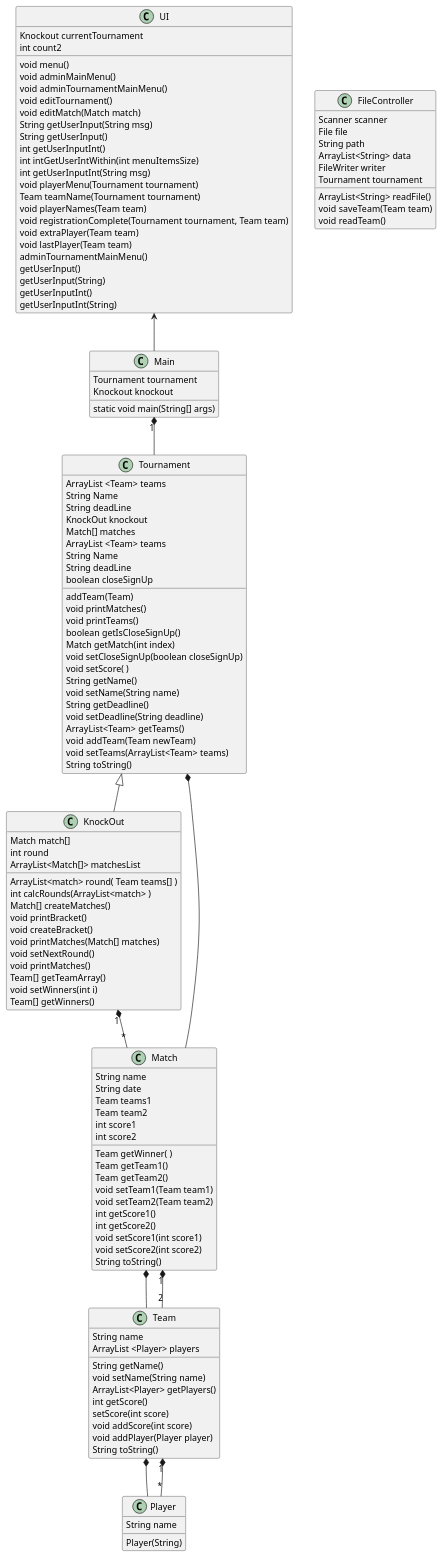
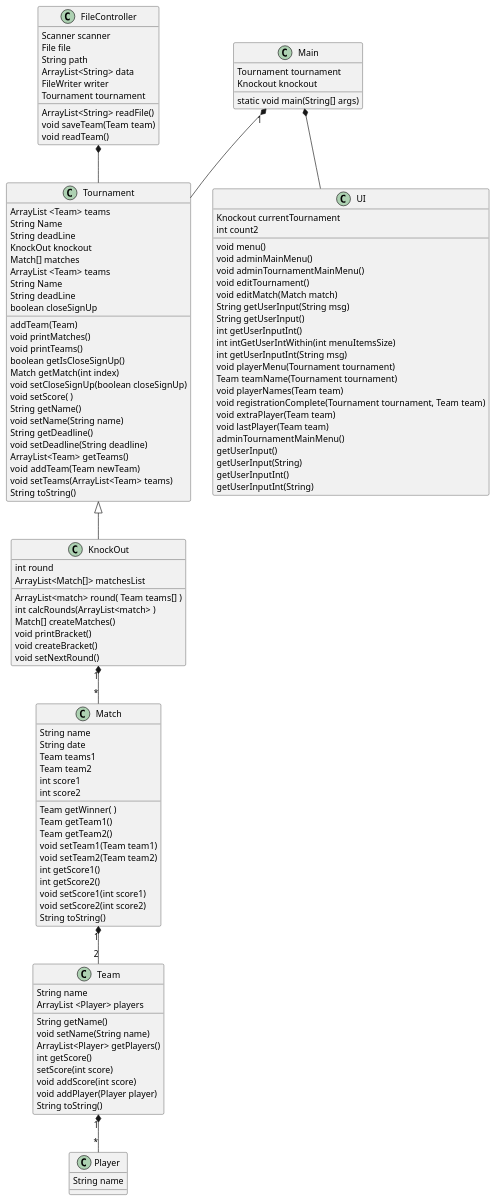
Before and after one commit to krisdanoda/Sp3-bordfodboldturnering: the diagram in PlantUML/ClassDiagram.puml, drawn with PlantUML.

Commit message:
klassediagram

```diff
--- a/PlantUML/ClassDiagram.puml
+++ b/PlantUML/ClassDiagram.puml
@@ -1,151 +1,143 @@
 @startuml
 'https://plantuml.com/class-diagram
 
 
 class Tournament
 'class Foosball
 'class GroupTournament
 class KnockOut
 class Player
 class Match
 class Team
 class UI
 
 
 
 Main "1" *-- Tournament
 Tournament <|-- KnockOut
 
 'Tournament <-- Foosball
 'Foosball <|-- KnockOut
 'Foosball <|-- GroupTournament
 
-Tournament *-- Match
 'GroupTournament *-- Match
 
-Match *-- Team
-Team *-- Player
 
 Tournament : ArrayList <Team> teams
 Tournament : String Name
 Tournament : String deadLine
 Tournament : KnockOut knockout
 Tournament : addTeam(Team)
 
-KnockOut : Match match[]
 KnockOut : ArrayList<match> round( Team teams[] )
 KnockOut : int round
 KnockOut : int calcRounds(ArrayList<match> )
 
 KnockOut "1" *-- "*" Match
 'GroupTournament *-- Match
 
-UI <-- Main
+FileController *-- Tournament
+Main *-- UI
+
 
 Match "1" *-- "2" Team
 Team "1" *-- "*" Player
 
 UI : Knockout currentTournament
 UI : int count2
 UI : void menu()
 UI : void adminMainMenu()
 UI : void adminTournamentMainMenu()
 UI : void editTournament()
 UI : void editMatch(Match match)
 UI : String getUserInput(String msg)
 UI : String getUserInput()
 UI : int getUserInputInt()
 UI : int intGetUserIntWithin(int menuItemsSize)
 UI : int getUserInputInt(String msg)
 UI : void playerMenu(Tournament tournament)
 UI : Team teamName(Tournament tournament)
 UI : void playerNames(Team team)
 UI : void registrationComplete(Tournament tournament, Team team)
 UI : void extraPlayer(Team team)
 UI : void lastPlayer(Team team)
 
 FileController : Scanner scanner
 FileController : File file
 FileController : String path
 FileController : ArrayList<String> data
 FileController : FileWriter writer
 FileController : Tournament tournament
 FileController : ArrayList<String> readFile()
 FileController : void saveTeam(Team team)
 FileController : void readTeam()
 
 Main : Tournament tournament
 Main : Knockout knockout
 Main : static void main(String[] args)
 
 Tournament : Match[] matches
 Tournament : ArrayList <Team> teams
 Tournament : String Name
 Tournament : String deadLine
 Tournament : boolean closeSignUp
 Tournament : void printMatches()
 Tournament : void printTeams()
 Tournament : boolean getIsCloseSignUp()
 Tournament : Match getMatch(int index)
 Tournament : void setCloseSignUp(boolean closeSignUp)
 Tournament : void setScore( )
 Tournament : String getName()
 Tournament : void setName(String name)
 Tournament : String getDeadline()
 Tournament : void setDeadline(String deadline)
 Tournament : ArrayList<Team> getTeams()
 Tournament : void addTeam(Team newTeam)
 Tournament : void setTeams(ArrayList<Team> teams)
 Tournament : String toString()
 
 KnockOut : ArrayList<Match[]> matchesList
 KnockOut : Match[] createMatches()
 KnockOut : void printBracket()
 KnockOut : void createBracket()
-KnockOut : void printMatches(Match[] matches)
 KnockOut : void setNextRound()
-KnockOut : void printMatches()
-KnockOut : Team[] getTeamArray()
-KnockOut : void setWinners(int i)
-KnockOut : Team[] getWinners()
 
 'Team array maybe?
 Match : String name
 Match : String date
 Match : Team teams1
 Match : Team team2
 Match : int score1
 Match : int score2
 
 Match : Team getWinner( )
 Match : Team getTeam1()
 Match : Team getTeam2()
 Match : void setTeam1(Team team1)
 Match : void setTeam2(Team team2)
 Match : int getScore1()
 Match : int getScore2()
 Match : void setScore1(int score1)
 Match : void setScore2(int score2)
 Match : String toString()
 
 Team : String name
 Team : ArrayList <Player> players
 Team : String getName()
 Team : void setName(String name)
 Team : ArrayList<Player> getPlayers()
 Team : int getScore()
 Team : setScore(int score)
 Team : void addScore(int score)
 Team : void addPlayer(Player player)
 Team : String toString()
 
 Player : String name
-Player : Player(String)
 
 UI : adminTournamentMainMenu()
 UI : getUserInput()
 UI : getUserInput(String)
 UI : getUserInputInt()
 UI : getUserInputInt(String)
 
 @enduml
```
